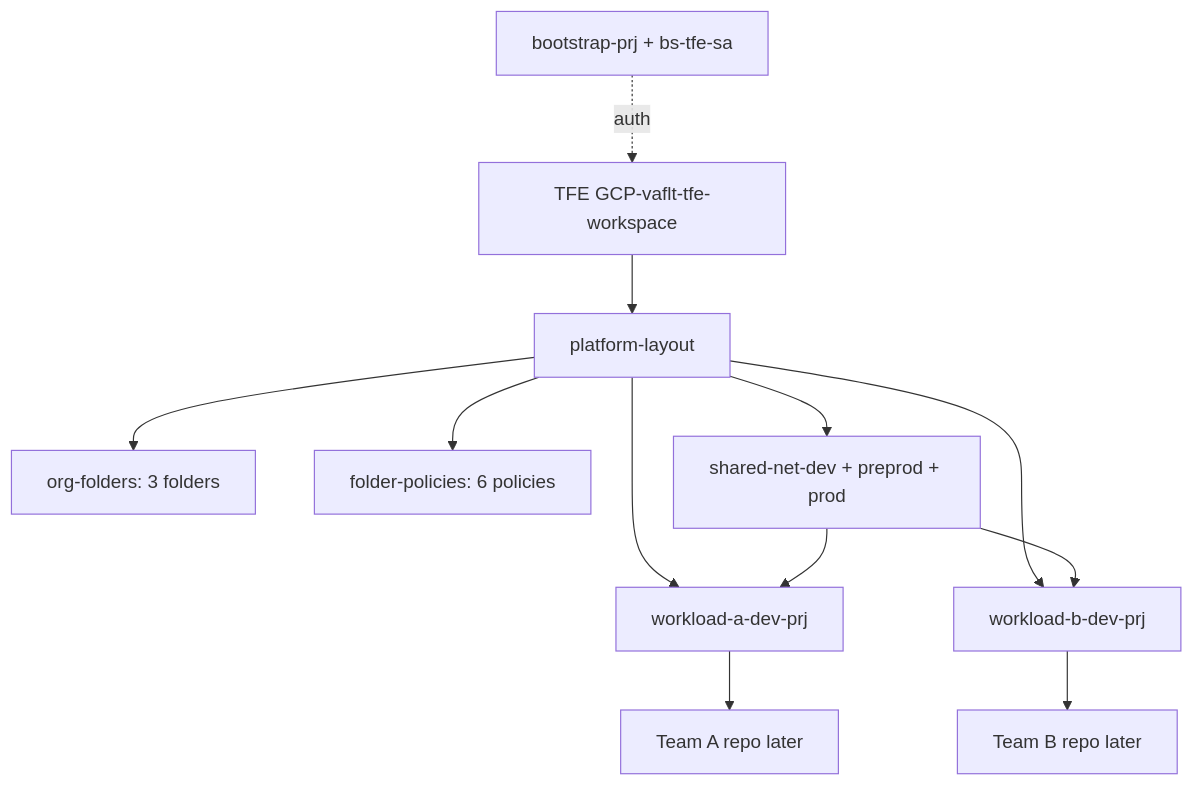
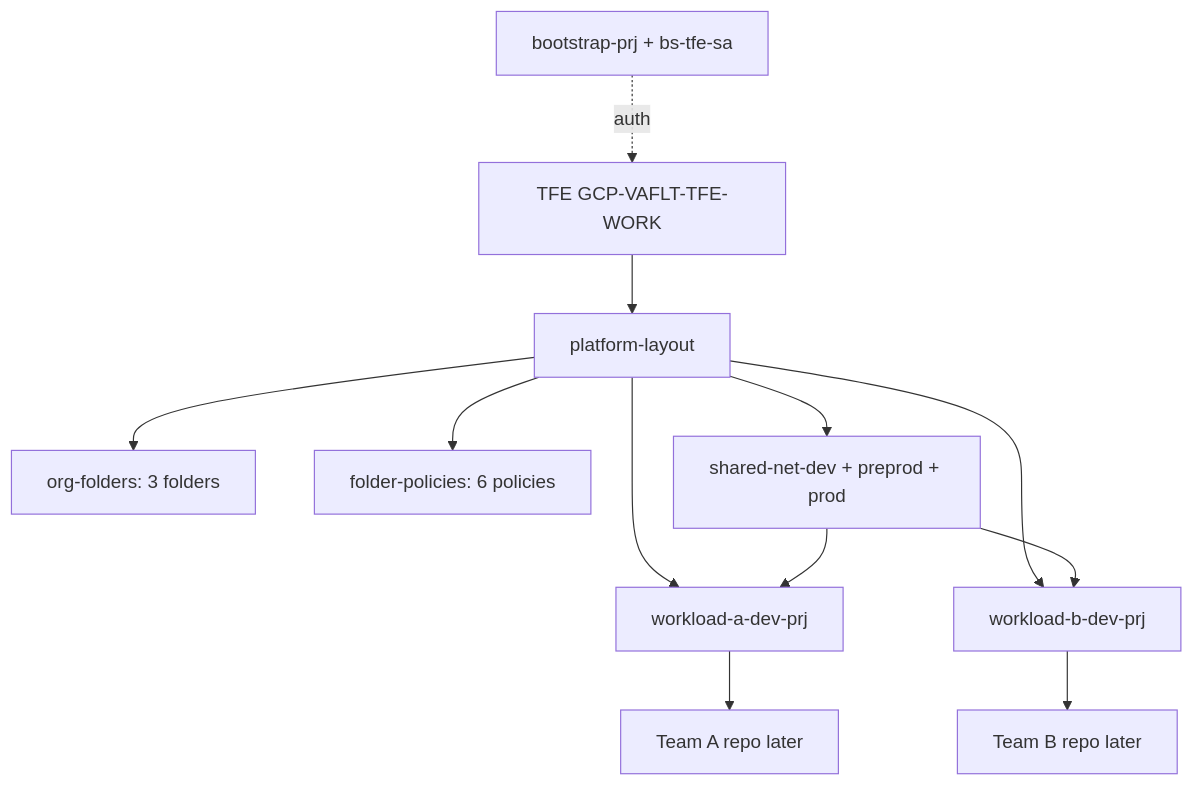
Before and after one commit to UttamGiri/GCP-Bootstrap: the third of 3 diagrams in docs/ARCHITECTURE.md, drawn with Mermaid. The commit also changed other lines of this file and 9 other files, not shown here.

````diff
--- a/docs/ARCHITECTURE.md
+++ b/docs/ARCHITECTURE.md
@@ -166,21 +166,21 @@
 ```mermaid
 flowchart TB
   BOOT["bootstrap-prj + bs-tfe-sa"]
-  TFE["TFE GCP-vaflt-tfe-workspace"]
+  TFE["TFE GCP-VAFLT-TFE-WORK"]
   PL["platform-layout"]
 
   BOOT -.->|auth| TFE
   TFE --> PL
 
   PL --> OF["org-folders: 3 folders"]
   PL --> FP["folder-policies: 6 policies"]
   PL --> SND["shared-net-dev + preprod + prod"]
   PL --> WPD["workload-a-dev-prj"]
   PL --> WPB["workload-b-dev-prj"]
 
   SND --> WPD
   SND --> WPB
 
   WPD --> REPA["Team A repo later"]
   WPB --> REPB["Team B repo later"]
 ```
````
